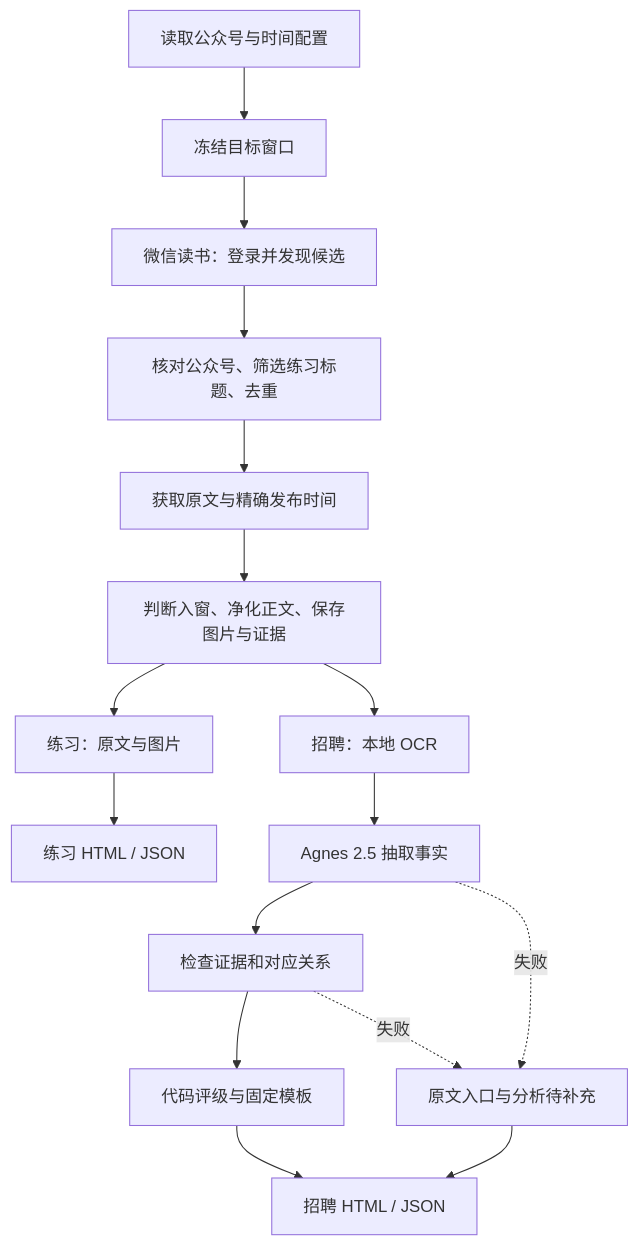
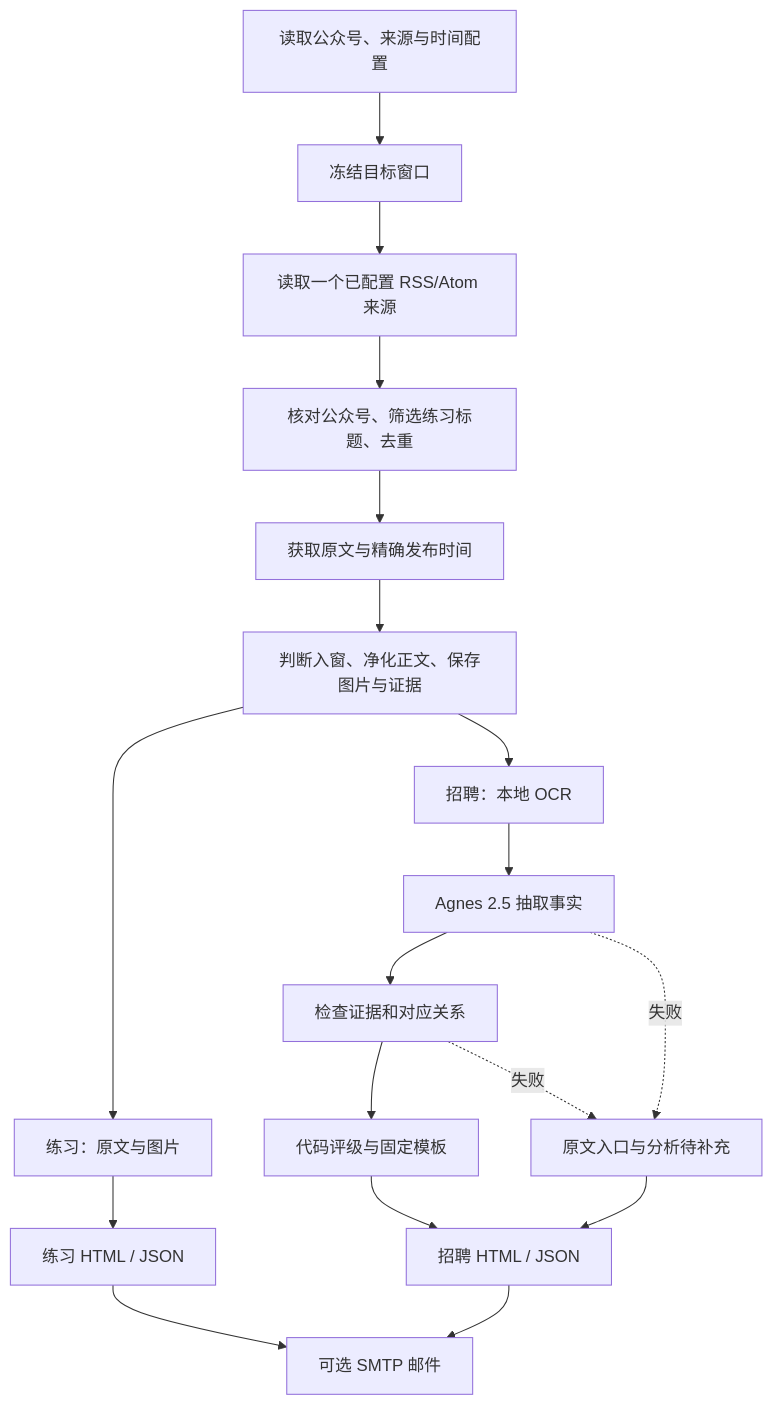
The diagram in EXECUTION_PLAN.md (zhuzhipeng-123/wechat-dual-digest), drawn with Mermaid before and after one commit. The commit also changed other lines of this file and 18 other files, not shown here.

Commit message:
Add RSS scheduling and SMTP delivery

````diff
--- a/EXECUTION_PLAN.md
+++ b/EXECUTION_PLAN.md
@@ -45,18 +46,20 @@
 ```mermaid
 flowchart TD
-    A[读取公众号与时间配置] --> B[冻结目标窗口]
-    B --> C[微信读书：登录并发现候选]
+    A[读取公众号、来源与时间配置] --> B[冻结目标窗口]
+    B --> C[读取一个已配置 RSS/Atom 来源]
     C --> D[核对公众号、筛选练习标题、去重]
     D --> E[获取原文与精确发布时间]
     E --> F[判断入窗、净化正文、保存图片与证据]
     F --> G[练习：原文与图片]
     F --> H[招聘：本地 OCR]
     H --> I[Agnes 2.5 抽取事实]
     I --> J[检查证据和对应关系]
     J --> K[代码评级与固定模板]
     G --> L[练习 HTML / JSON]
     K --> M[招聘 HTML / JSON]
+    L --> O[可选 SMTP 邮件]
+    M --> O
     I -.失败.-> N[原文入口与分析待补充]
     J -.失败.-> N
     N --> M
 ```
````
